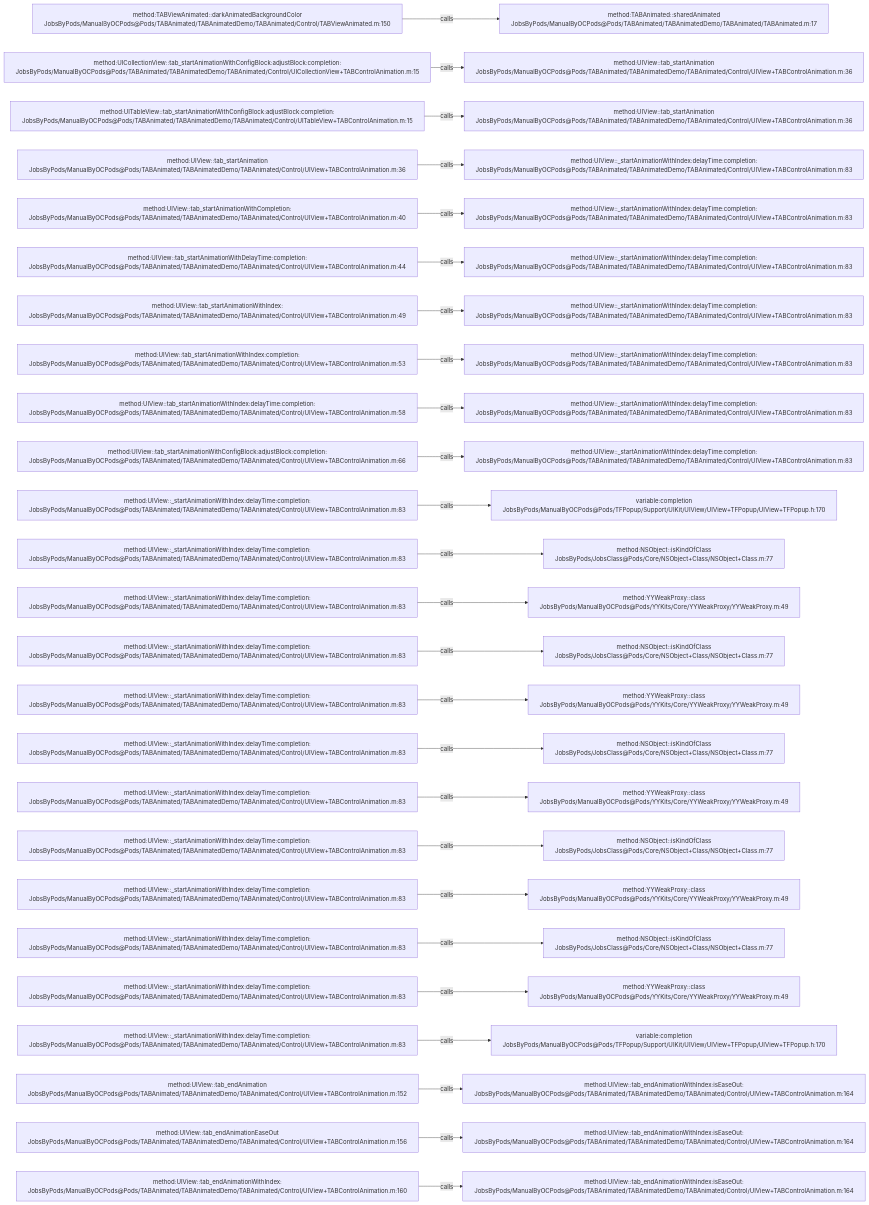
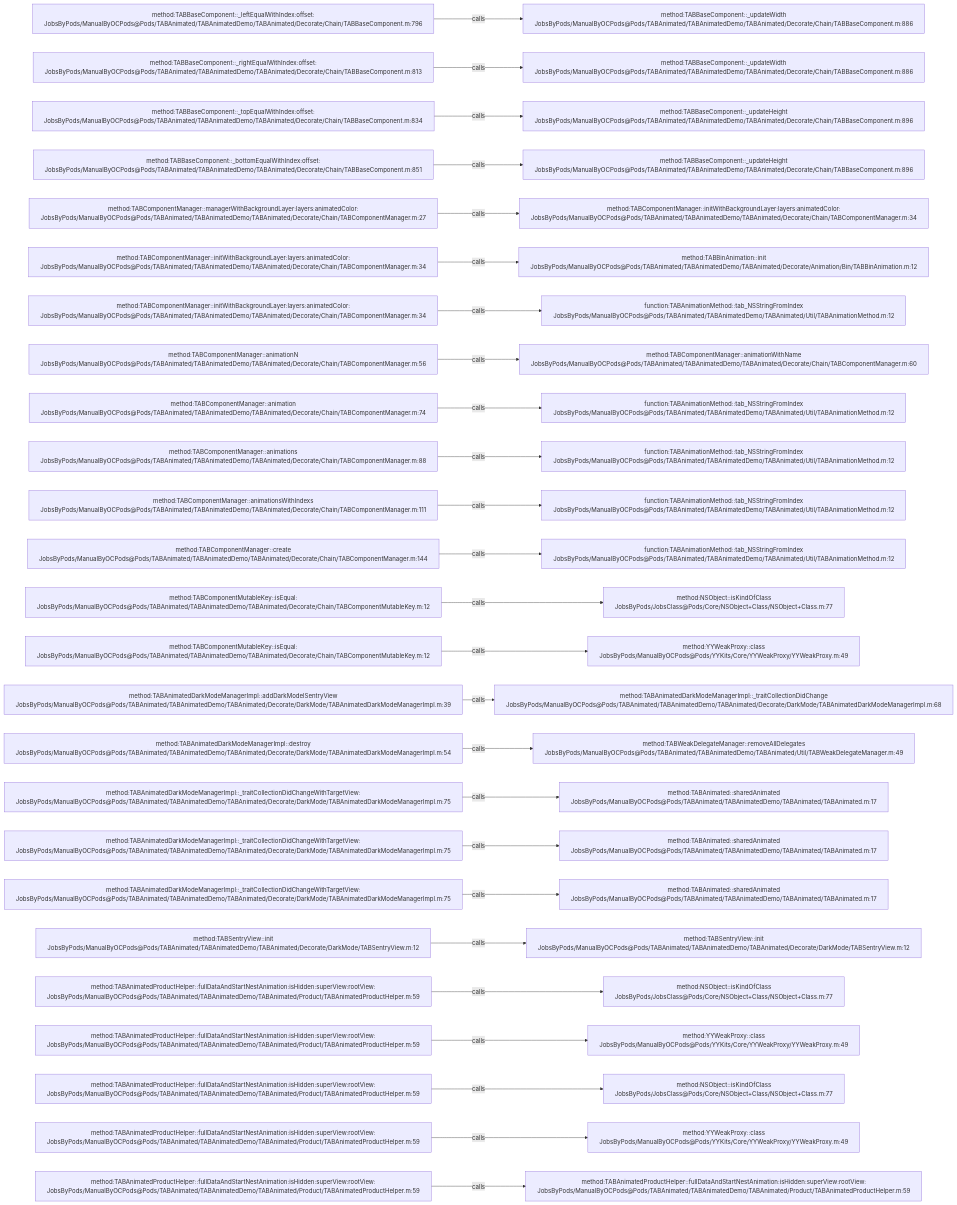
The diagram in .codegraph/codegraph.md/graphs/calls-034.md (JobsKits/JobsOCBaseConfigDemo), drawn with Mermaid before and after one commit. The commit also changed 1223 other files, not shown here.

````diff
--- a/.codegraph/codegraph.md/graphs/calls-034.md
+++ b/.codegraph/codegraph.md/graphs/calls-034.md
@@ -13,78 +13,78 @@
 ```mermaid
 flowchart LR
-  S1["method:TABViewAnimated::darkAnimatedBackgroundColor<br/>JobsByPods/ManualByOCPods@Pods/TABAnimated/TABAnimatedDemo/TABAnimated/Control/TABViewAnimated.m:150"]
-  T1["method:TABAnimated::sharedAnimated<br/>JobsByPods/ManualByOCPods@Pods/TABAnimated/TABAnimatedDemo/TABAnimated/TABAnimated.m:17"]
+  S1["method:TABBaseComponent::_leftEqualWithIndex:offset:<br/>JobsByPods/ManualByOCPods@Pods/TABAnimated/TABAnimatedDemo/TABAnimated/Decorate/Chain/TABBaseComponent.m:796"]
+  T1["method:TABBaseComponent::_updateWidth<br/>JobsByPods/ManualByOCPods@Pods/TABAnimated/TABAnimatedDemo/TABAnimated/Decorate/Chain/TABBaseComponent.m:886"]
   S1 -->|calls| T1
-  S2["method:UICollectionView::tab_startAnimationWithConfigBlock:adjustBlock:completion:<br/>JobsByPods/ManualByOCPods@Pods/TABAnimated/TABAnimatedDemo/TABAnimated/Control/UICollectionView+TABControlAnimation.m:15"]
-  T2["method:UIView::tab_startAnimation<br/>JobsByPods/ManualByOCPods@Pods/TABAnimated/TABAnimatedDemo/TABAnimated/Control/UIView+TABControlAnimation.m:36"]
+  S2["method:TABBaseComponent::_rightEqualWithIndex:offset:<br/>JobsByPods/ManualByOCPods@Pods/TABAnimated/TABAnimatedDemo/TABAnimated/Decorate/Chain/TABBaseComponent.m:813"]
+  T2["method:TABBaseComponent::_updateWidth<br/>JobsByPods/ManualByOCPods@Pods/TABAnimated/TABAnimatedDemo/TABAnimated/Decorate/Chain/TABBaseComponent.m:886"]
   S2 -->|calls| T2
-  S3["method:UITableView::tab_startAnimationWithConfigBlock:adjustBlock:completion:<br/>JobsByPods/ManualByOCPods@Pods/TABAnimated/TABAnimatedDemo/TABAnimated/Control/UITableView+TABControlAnimation.m:15"]
-  T3["method:UIView::tab_startAnimation<br/>JobsByPods/ManualByOCPods@Pods/TABAnimated/TABAnimatedDemo/TABAnimated/Control/UIView+TABControlAnimation.m:36"]
+  S3["method:TABBaseComponent::_topEqualWithIndex:offset:<br/>JobsByPods/ManualByOCPods@Pods/TABAnimated/TABAnimatedDemo/TABAnimated/Decorate/Chain/TABBaseComponent.m:834"]
+  T3["method:TABBaseComponent::_updateHeight<br/>JobsByPods/ManualByOCPods@Pods/TABAnimated/TABAnimatedDemo/TABAnimated/Decorate/Chain/TABBaseComponent.m:896"]
   S3 -->|calls| T3
-  S4["method:UIView::tab_startAnimation<br/>JobsByPods/ManualByOCPods@Pods/TABAnimated/TABAnimatedDemo/TABAnimated/Control/UIView+TABControlAnimation.m:36"]
-  T4["method:UIView::_startAnimationWithIndex:delayTime:completion:<br/>JobsByPods/ManualByOCPods@Pods/TABAnimated/TABAnimatedDemo/TABAnimated/Control/UIView+TABControlAnimation.m:83"]
+  S4["method:TABBaseComponent::_bottomEqualWithIndex:offset:<br/>JobsByPods/ManualByOCPods@Pods/TABAnimated/TABAnimatedDemo/TABAnimated/Decorate/Chain/TABBaseComponent.m:851"]
+  T4["method:TABBaseComponent::_updateHeight<br/>JobsByPods/ManualByOCPods@Pods/TABAnimated/TABAnimatedDemo/TABAnimated/Decorate/Chain/TABBaseComponent.m:896"]
   S4 -->|calls| T4
-  S5["method:UIView::tab_startAnimationWithCompletion:<br/>JobsByPods/ManualByOCPods@Pods/TABAnimated/TABAnimatedDemo/TABAnimated/Control/UIView+TABControlAnimation.m:40"]
-  T5["method:UIView::_startAnimationWithIndex:delayTime:completion:<br/>JobsByPods/ManualByOCPods@Pods/TABAnimated/TABAnimatedDemo/TABAnimated/Control/UIView+TABControlAnimation.m:83"]
+  S5["method:TABComponentManager::managerWithBackgroundLayer:layers:animatedColor:<br/>JobsByPods/ManualByOCPods@Pods/TABAnimated/TABAnimatedDemo/TABAnimated/Decorate/Chain/TABComponentManager.m:27"]
+  T5["method:TABComponentManager::initWithBackgroundLayer:layers:animatedColor:<br/>JobsByPods/ManualByOCPods@Pods/TABAnimated/TABAnimatedDemo/TABAnimated/Decorate/Chain/TABComponentManager.m:34"]
   S5 -->|calls| T5
-  S6["method:UIView::tab_startAnimationWithDelayTime:completion:<br/>JobsByPods/ManualByOCPods@Pods/TABAnimated/TABAnimatedDemo/TABAnimated/Control/UIView+TABControlAnimation.m:44"]
-  T6["method:UIView::_startAnimationWithIndex:delayTime:completion:<br/>JobsByPods/ManualByOCPods@Pods/TABAnimated/TABAnimatedDemo/TABAnimated/Control/UIView+TABControlAnimation.m:83"]
+  S6["method:TABComponentManager::initWithBackgroundLayer:layers:animatedColor:<br/>JobsByPods/ManualByOCPods@Pods/TABAnimated/TABAnimatedDemo/TABAnimated/Decorate/Chain/TABComponentManager.m:34"]
+  T6["method:TABBinAnimation::init<br/>JobsByPods/ManualByOCPods@Pods/TABAnimated/TABAnimatedDemo/TABAnimated/Decorate/Animation/Bin/TABBinAnimation.m:12"]
   S6 -->|calls| T6
-  S7["method:UIView::tab_startAnimationWithIndex:<br/>JobsByPods/ManualByOCPods@Pods/TABAnimated/TABAnimatedDemo/TABAnimated/Control/UIView+TABControlAnimation.m:49"]
-  T7["method:UIView::_startAnimationWithIndex:delayTime:completion:<br/>JobsByPods/ManualByOCPods@Pods/TABAnimated/TABAnimatedDemo/TABAnimated/Control/UIView+TABControlAnimation.m:83"]
+  S7["method:TABComponentManager::initWithBackgroundLayer:layers:animatedColor:<br/>JobsByPods/ManualByOCPods@Pods/TABAnimated/TABAnimatedDemo/TABAnimated/Decorate/Chain/TABComponentManager.m:34"]
+  T7["function:TABAnimationMethod::tab_NSStringFromIndex<br/>JobsByPods/ManualByOCPods@Pods/TABAnimated/TABAnimatedDemo/TABAnimated/Util/TABAnimationMethod.m:12"]
   S7 -->|calls| T7
-  S8["method:UIView::tab_startAnimationWithIndex:completion:<br/>JobsByPods/ManualByOCPods@Pods/TABAnimated/TABAnimatedDemo/TABAnimated/Control/UIView+TABControlAnimation.m:53"]
-  T8["method:UIView::_startAnimationWithIndex:delayTime:completion:<br/>JobsByPods/ManualByOCPods@Pods/TABAnimated/TABAnimatedDemo/TABAnimated/Control/UIView+TABControlAnimation.m:83"]
+  S8["method:TABComponentManager::animationN<br/>JobsByPods/ManualByOCPods@Pods/TABAnimated/TABAnimatedDemo/TABAnimated/Decorate/Chain/TABComponentManager.m:56"]
+  T8["method:TABComponentManager::animationWithName<br/>JobsByPods/ManualByOCPods@Pods/TABAnimated/TABAnimatedDemo/TABAnimated/Decorate/Chain/TABComponentManager.m:60"]
   S8 -->|calls| T8
-  S9["method:UIView::tab_startAnimationWithIndex:delayTime:completion:<br/>JobsByPods/ManualByOCPods@Pods/TABAnimated/TABAnimatedDemo/TABAnimated/Control/UIView+TABControlAnimation.m:58"]
-  T9["method:UIView::_startAnimationWithIndex:delayTime:completion:<br/>JobsByPods/ManualByOCPods@Pods/TABAnimated/TABAnimatedDemo/TABAnimated/Control/UIView+TABControlAnimation.m:83"]
+  S9["method:TABComponentManager::animation<br/>JobsByPods/ManualByOCPods@Pods/TABAnimated/TABAnimatedDemo/TABAnimated/Decorate/Chain/TABComponentManager.m:74"]
+  T9["function:TABAnimationMethod::tab_NSStringFromIndex<br/>JobsByPods/ManualByOCPods@Pods/TABAnimated/TABAnimatedDemo/TABAnimated/Util/TABAnimationMethod.m:12"]
   S9 -->|calls| T9
-  S10["method:UIView::tab_startAnimationWithConfigBlock:adjustBlock:completion:<br/>JobsByPods/ManualByOCPods@Pods/TABAnimated/TABAnimatedDemo/TABAnimated/Control/UIView+TABControlAnimation.m:66"]
-  T10["method:UIView::_startAnimationWithIndex:delayTime:completion:<br/>JobsByPods/ManualByOCPods@Pods/TABAnimated/TABAnimatedDemo/TABAnimated/Control/UIView+TABControlAnimation.m:83"]
+  S10["method:TABComponentManager::animations<br/>JobsByPods/ManualByOCPods@Pods/TABAnimated/TABAnimatedDemo/TABAnimated/Decorate/Chain/TABComponentManager.m:88"]
+  T10["function:TABAnimationMethod::tab_NSStringFromIndex<br/>JobsByPods/ManualByOCPods@Pods/TABAnimated/TABAnimatedDemo/TABAnimated/Util/TABAnimationMethod.m:12"]
   S10 -->|calls| T10
-  S11["method:UIView::_startAnimationWithIndex:delayTime:completion:<br/>JobsByPods/ManualByOCPods@Pods/TABAnimated/TABAnimatedDemo/TABAnimated/Control/UIView+TABControlAnimation.m:83"]
-  T11["variable:completion<br/>JobsByPods/ManualByOCPods@Pods/TFPopup/Support/UIKit/UIView/UIView+TFPopup/UIView+TFPopup.h:170"]
+  S11["method:TABComponentManager::animationsWithIndexs<br/>JobsByPods/ManualByOCPods@Pods/TABAnimated/TABAnimatedDemo/TABAnimated/Decorate/Chain/TABComponentManager.m:111"]
+  T11["function:TABAnimationMethod::tab_NSStringFromIndex<br/>JobsByPods/ManualByOCPods@Pods/TABAnimated/TABAnimatedDemo/TABAnimated/Util/TABAnimationMethod.m:12"]
   S11 -->|calls| T11
-  S12["method:UIView::_startAnimationWithIndex:delayTime:completion:<br/>JobsByPods/ManualByOCPods@Pods/TABAnimated/TABAnimatedDemo/TABAnimated/Control/UIView+TABControlAnimation.m:83"]
-  T12["method:NSObject::isKindOfClass<br/>JobsByPods/JobsClass@Pods/Core/NSObject+Class/NSObject+Class.m:77"]
+  S12["method:TABComponentManager::create<br/>JobsByPods/ManualByOCPods@Pods/TABAnimated/TABAnimatedDemo/TABAnimated/Decorate/Chain/TABComponentManager.m:144"]
+  T12["function:TABAnimationMethod::tab_NSStringFromIndex<br/>JobsByPods/ManualByOCPods@Pods/TABAnimated/TABAnimatedDemo/TABAnimated/Util/TABAnimationMethod.m:12"]
   S12 -->|calls| T12
-  S13["method:UIView::_startAnimationWithIndex:delayTime:completion:<br/>JobsByPods/ManualByOCPods@Pods/TABAnimated/TABAnimatedDemo/TABAnimated/Control/UIView+TABControlAnimation.m:83"]
-  T13["method:YYWeakProxy::class<br/>JobsByPods/ManualByOCPods@Pods/YYKits/Core/YYWeakProxy/YYWeakProxy.m:49"]
+  S13["method:TABComponentMutableKey::isEqual:<br/>JobsByPods/ManualByOCPods@Pods/TABAnimated/TABAnimatedDemo/TABAnimated/Decorate/Chain/TABComponentMutableKey.m:12"]
+  T13["method:NSObject::isKindOfClass<br/>JobsByPods/JobsClass@Pods/Core/NSObject+Class/NSObject+Class.m:77"]
   S13 -->|calls| T13
-  S14["method:UIView::_startAnimationWithIndex:delayTime:completion:<br/>JobsByPods/ManualByOCPods@Pods/TABAnimated/TABAnimatedDemo/TABAnimated/Control/UIView+TABControlAnimation.m:83"]
-  T14["method:NSObject::isKindOfClass<br/>JobsByPods/JobsClass@Pods/Core/NSObject+Class/NSObject+Class.m:77"]
+  S14["method:TABComponentMutableKey::isEqual:<br/>JobsByPods/ManualByOCPods@Pods/TABAnimated/TABAnimatedDemo/TABAnimated/Decorate/Chain/TABComponentMutableKey.m:12"]
+  T14["method:YYWeakProxy::class<br/>JobsByPods/ManualByOCPods@Pods/YYKits/Core/YYWeakProxy/YYWeakProxy.m:49"]
   S14 -->|calls| T14
-  S15["method:UIView::_startAnimationWithIndex:delayTime:completion:<br/>JobsByPods/ManualByOCPods@Pods/TABAnimated/TABAnimatedDemo/TABAnimated/Control/UIView+TABControlAnimation.m:83"]
-  T15["method:YYWeakProxy::class<br/>JobsByPods/ManualByOCPods@Pods/YYKits/Core/YYWeakProxy/YYWeakProxy.m:49"]
+  S15["method:TABAnimatedDarkModeManagerImpl::addDarkModelSentryView<br/>JobsByPods/ManualByOCPods@Pods/TABAnimated/TABAnimatedDemo/TABAnimated/Decorate/DarkMode/TABAnimatedDarkModeManagerImpl.m:39"]
+  T15["method:TABAnimatedDarkModeManagerImpl::_traitCollectionDidChange<br/>JobsByPods/ManualByOCPods@Pods/TABAnimated/TABAnimatedDemo/TABAnimated/Decorate/DarkMode/TABAnimatedDarkModeManagerImpl.m:68"]
   S15 -->|calls| T15
-  S16["method:UIView::_startAnimationWithIndex:delayTime:completion:<br/>JobsByPods/ManualByOCPods@Pods/TABAnimated/TABAnimatedDemo/TABAnimated/Control/UIView+TABControlAnimation.m:83"]
-  T16["method:NSObject::isKindOfClass<br/>JobsByPods/JobsClass@Pods/Core/NSObject+Class/NSObject+Class.m:77"]
+  S16["method:TABAnimatedDarkModeManagerImpl::destroy<br/>JobsByPods/ManualByOCPods@Pods/TABAnimated/TABAnimatedDemo/TABAnimated/Decorate/DarkMode/TABAnimatedDarkModeManagerImpl.m:54"]
+  T16["method:TABWeakDelegateManager::removeAllDelegates<br/>JobsByPods/ManualByOCPods@Pods/TABAnimated/TABAnimatedDemo/TABAnimated/Util/TABWeakDelegateManager.m:49"]
   S16 -->|calls| T16
-  S17["method:UIView::_startAnimationWithIndex:delayTime:completion:<br/>JobsByPods/ManualByOCPods@Pods/TABAnimated/TABAnimatedDemo/TABAnimated/Control/UIView+TABControlAnimation.m:83"]
-  T17["method:YYWeakProxy::class<br/>JobsByPods/ManualByOCPods@Pods/YYKits/Core/YYWeakProxy/YYWeakProxy.m:49"]
+  S17["method:TABAnimatedDarkModeManagerImpl::_traitCollectionDidChangeWithTargetView:<br/>JobsByPods/ManualByOCPods@Pods/TABAnimated/TABAnimatedDemo/TABAnimated/Decorate/DarkMode/TABAnimatedDarkModeManagerImpl.m:75"]
+  T17["method:TABAnimated::sharedAnimated<br/>JobsByPods/ManualByOCPods@Pods/TABAnimated/TABAnimatedDemo/TABAnimated/TABAnimated.m:17"]
   S17 -->|calls| T17
-  S18["method:UIView::_startAnimationWithIndex:delayTime:completion:<br/>JobsByPods/ManualByOCPods@Pods/TABAnimated/TABAnimatedDemo/TABAnimated/Control/UIView+TABControlAnimation.m:83"]
-  T18["method:NSObject::isKindOfClass<br/>JobsByPods/JobsClass@Pods/Core/NSObject+Class/NSObject+Class.m:77"]
+  S18["method:TABAnimatedDarkModeManagerImpl::_traitCollectionDidChangeWithTargetView:<br/>JobsByPods/ManualByOCPods@Pods/TABAnimated/TABAnimatedDemo/TABAnimated/Decorate/DarkMode/TABAnimatedDarkModeManagerImpl.m:75"]
+  T18["method:TABAnimated::sharedAnimated<br/>JobsByPods/ManualByOCPods@Pods/TABAnimated/TABAnimatedDemo/TABAnimated/TABAnimated.m:17"]
   S18 -->|calls| T18
-  S19["method:UIView::_startAnimationWithIndex:delayTime:completion:<br/>JobsByPods/ManualByOCPods@Pods/TABAnimated/TABAnimatedDemo/TABAnimated/Control/UIView+TABControlAnimation.m:83"]
-  T19["method:YYWeakProxy::class<br/>JobsByPods/ManualByOCPods@Pods/YYKits/Core/YYWeakProxy/YYWeakProxy.m:49"]
+  S19["method:TABAnimatedDarkModeManagerImpl::_traitCollectionDidChangeWithTargetView:<br/>JobsByPods/ManualByOCPods@Pods/TABAnimated/TABAnimatedDemo/TABAnimated/Decorate/DarkMode/TABAnimatedDarkModeManagerImpl.m:75"]
+  T19["method:TABAnimated::sharedAnimated<br/>JobsByPods/ManualByOCPods@Pods/TABAnimated/TABAnimatedDemo/TABAnimated/TABAnimated.m:17"]
   S19 -->|calls| T19
-  S20["method:UIView::_startAnimationWithIndex:delayTime:completion:<br/>JobsByPods/ManualByOCPods@Pods/TABAnimated/TABAnimatedDemo/TABAnimated/Control/UIView+TABControlAnimation.m:83"]
-  T20["method:NSObject::isKindOfClass<br/>JobsByPods/JobsClass@Pods/Core/NSObject+Class/NSObject+Class.m:77"]
+  S20["method:TABSentryView::init<br/>JobsByPods/ManualByOCPods@Pods/TABAnimated/TABAnimatedDemo/TABAnimated/Decorate/DarkMode/TABSentryView.m:12"]
+  T20["method:TABSentryView::init<br/>JobsByPods/ManualByOCPods@Pods/TABAnimated/TABAnimatedDemo/TABAnimated/Decorate/DarkMode/TABSentryView.m:12"]
   S20 -->|calls| T20
-  S21["method:UIView::_startAnimationWithIndex:delayTime:completion:<br/>JobsByPods/ManualByOCPods@Pods/TABAnimated/TABAnimatedDemo/TABAnimated/Control/UIView+TABControlAnimation.m:83"]
-  T21["method:YYWeakProxy::class<br/>JobsByPods/ManualByOCPods@Pods/YYKits/Core/YYWeakProxy/YYWeakProxy.m:49"]
+  S21["method:TABAnimatedProductHelper::fullDataAndStartNestAnimation:isHidden:superView:rootView:<br/>JobsByPods/ManualByOCPods@Pods/TABAnimated/TABAnimatedDemo/TABAnimated/Product/TABAnimatedProductHelper.m:59"]
+  T21["method:NSObject::isKindOfClass<br/>JobsByPods/JobsClass@Pods/Core/NSObject+Class/NSObject+Class.m:77"]
   S21 -->|calls| T21
-  S22["method:UIView::_startAnimationWithIndex:delayTime:completion:<br/>JobsByPods/ManualByOCPods@Pods/TABAnimated/TABAnimatedDemo/TABAnimated/Control/UIView+TABControlAnimation.m:83"]
-  T22["variable:completion<br/>JobsByPods/ManualByOCPods@Pods/TFPopup/Support/UIKit/UIView/UIView+TFPopup/UIView+TFPopup.h:170"]
+  S22["method:TABAnimatedProductHelper::fullDataAndStartNestAnimation:isHidden:superView:rootView:<br/>JobsByPods/ManualByOCPods@Pods/TABAnimated/TABAnimatedDemo/TABAnimated/Product/TABAnimatedProductHelper.m:59"]
+  T22["method:YYWeakProxy::class<br/>JobsByPods/ManualByOCPods@Pods/YYKits/Core/YYWeakProxy/YYWeakProxy.m:49"]
   S22 -->|calls| T22
-  S23["method:UIView::tab_endAnimation<br/>JobsByPods/ManualByOCPods@Pods/TABAnimated/TABAnimatedDemo/TABAnimated/Control/UIView+TABControlAnimation.m:152"]
-  T23["method:UIView::tab_endAnimationWithIndex:isEaseOut:<br/>JobsByPods/ManualByOCPods@Pods/TABAnimated/TABAnimatedDemo/TABAnimated/Control/UIView+TABControlAnimation.m:164"]
+  S23["method:TABAnimatedProductHelper::fullDataAndStartNestAnimation:isHidden:superView:rootView:<br/>JobsByPods/ManualByOCPods@Pods/TABAnimated/TABAnimatedDemo/TABAnimated/Product/TABAnimatedProductHelper.m:59"]
+  T23["method:NSObject::isKindOfClass<br/>JobsByPods/JobsClass@Pods/Core/NSObject+Class/NSObject+Class.m:77"]
   S23 -->|calls| T23
-  S24["method:UIView::tab_endAnimationEaseOut<br/>JobsByPods/ManualByOCPods@Pods/TABAnimated/TABAnimatedDemo/TABAnimated/Control/UIView+TABControlAnimation.m:156"]
-  T24["method:UIView::tab_endAnimationWithIndex:isEaseOut:<br/>JobsByPods/ManualByOCPods@Pods/TABAnimated/TABAnimatedDemo/TABAnimated/Control/UIView+TABControlAnimation.m:164"]
+  S24["method:TABAnimatedProductHelper::fullDataAndStartNestAnimation:isHidden:superView:rootView:<br/>JobsByPods/ManualByOCPods@Pods/TABAnimated/TABAnimatedDemo/TABAnimated/Product/TABAnimatedProductHelper.m:59"]
+  T24["method:YYWeakProxy::class<br/>JobsByPods/ManualByOCPods@Pods/YYKits/Core/YYWeakProxy/YYWeakProxy.m:49"]
   S24 -->|calls| T24
-  S25["method:UIView::tab_endAnimationWithIndex:<br/>JobsByPods/ManualByOCPods@Pods/TABAnimated/TABAnimatedDemo/TABAnimated/Control/UIView+TABControlAnimation.m:160"]
-  T25["method:UIView::tab_endAnimationWithIndex:isEaseOut:<br/>JobsByPods/ManualByOCPods@Pods/TABAnimated/TABAnimatedDemo/TABAnimated/Control/UIView+TABControlAnimation.m:164"]
+  S25["method:TABAnimatedProductHelper::fullDataAndStartNestAnimation:isHidden:superView:rootView:<br/>JobsByPods/ManualByOCPods@Pods/TABAnimated/TABAnimatedDemo/TABAnimated/Product/TABAnimatedProductHelper.m:59"]
+  T25["method:TABAnimatedProductHelper::fullDataAndStartNestAnimation:isHidden:superView:rootView:<br/>JobsByPods/ManualByOCPods@Pods/TABAnimated/TABAnimatedDemo/TABAnimated/Product/TABAnimatedProductHelper.m:59"]
   S25 -->|calls| T25
 ```
````
